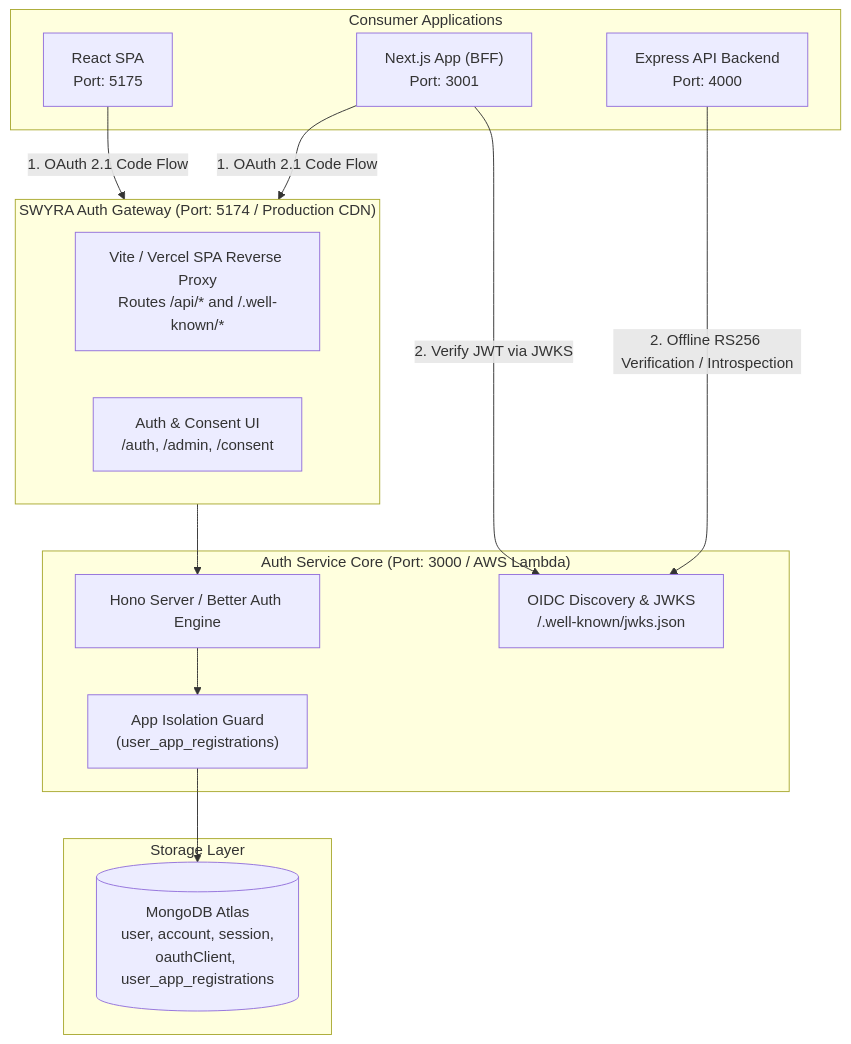
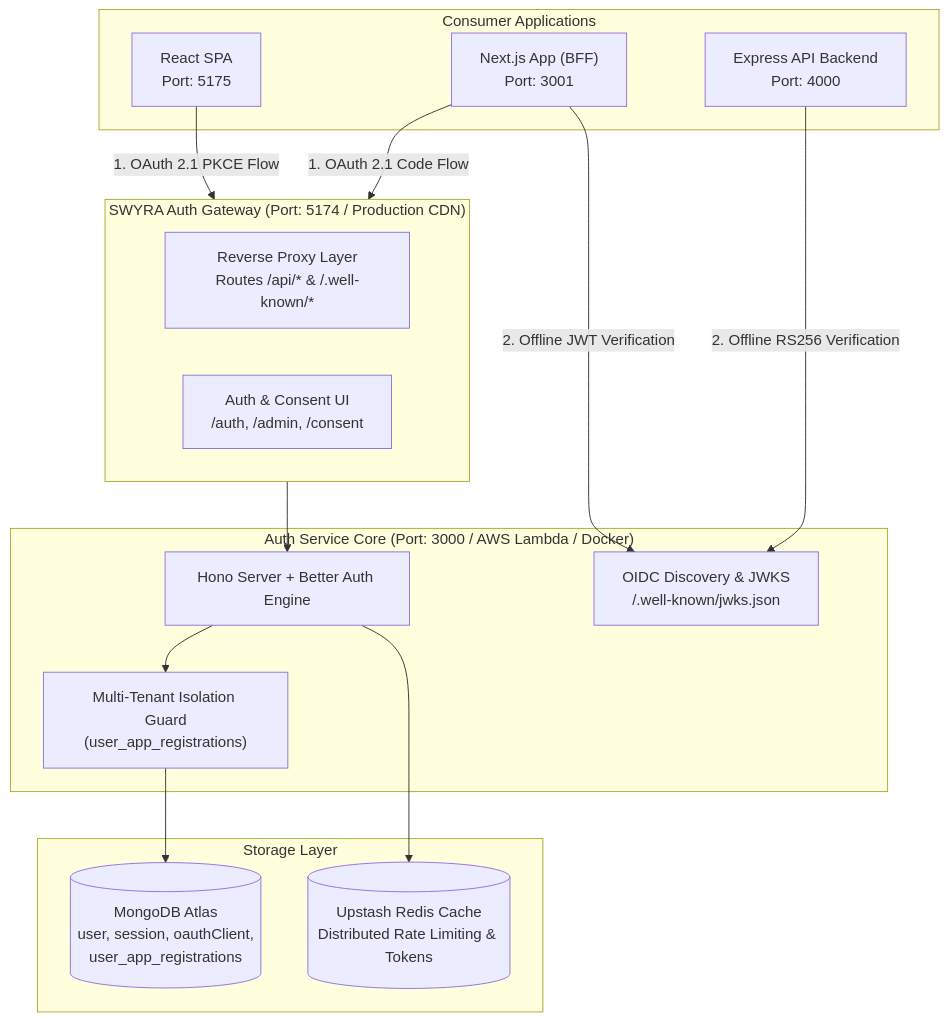
One commit to SGOD-pro/OAuth2.1 changed the diagram in README.md. Above: the diagram before and after it, drawn with Mermaid. The commit also changed other lines of this file and 39 other files, not shown here.

````diff
--- a/README.md
+++ b/README.md
@@ -11,31 +11,33 @@
 ```mermaid
 flowchart TD
     subgraph Clients["Consumer Applications"]
         NextApp["Next.js App (BFF)<br/>Port: 3001"]
         ReactApp["React SPA<br/>Port: 5175"]
         ExpressApp["Express API Backend<br/>Port: 4000"]
     end
 
     subgraph Gateway["SWYRA Auth Gateway (Port: 5174 / Production CDN)"]
-        ViteProxy["Vite / Vercel SPA Reverse Proxy<br/>Routes /api/* and /.well-known/*"]
+        ViteProxy["Reverse Proxy Layer<br/>Routes /api/* & /.well-known/*"]
         AuthUI["Auth & Consent UI<br/>/auth, /admin, /consent"]
     end
 
-    subgraph Core["Auth Service Core (Port: 3000 / AWS Lambda)"]
-        HonoApp["Hono Server / Better Auth Engine"]
-        AppIsolation["App Isolation Guard<br/>(user_app_registrations)"]
+    subgraph Core["Auth Service Core (Port: 3000 / AWS Lambda / Docker)"]
+        HonoApp["Hono Server + Better Auth Engine"]
+        AppIsolation["Multi-Tenant Isolation Guard<br/>(user_app_registrations)"]
         JWKSEndpoint["OIDC Discovery & JWKS<br/>/.well-known/jwks.json"]
     end
 
     subgraph Data["Storage Layer"]
-        MongoDB[("MongoDB Atlas<br/>user, account, session,<br/>oauthClient, user_app_registrations")]
+        MongoDB[("MongoDB Atlas<br/>user, session, oauthClient,<br/>user_app_registrations")]
+        Redis[("Upstash Redis Cache<br/>Distributed Rate Limiting & Tokens")]
     end
 
     NextApp -- "1. OAuth 2.1 Code Flow" --> Gateway
-    ReactApp -- "1. OAuth 2.1 Code Flow" --> Gateway
+    ReactApp -- "1. OAuth 2.1 PKCE Flow" --> Gateway
     Gateway --> HonoApp
     HonoApp --> AppIsolation
     AppIsolation --> MongoDB
-    ExpressApp -- "2. Offline RS256 Verification / Introspection" --> JWKSEndpoint
-    NextApp -- "2. Verify JWT via JWKS" --> JWKSEndpoint
+    HonoApp --> Redis
+    ExpressApp -- "2. Offline RS256 Verification" --> JWKSEndpoint
+    NextApp -- "2. Offline JWT Verification" --> JWKSEndpoint
 ```
````
